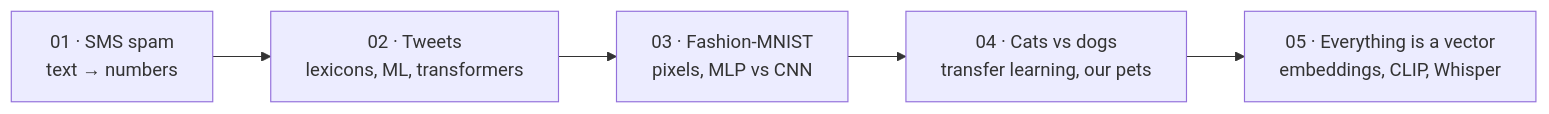
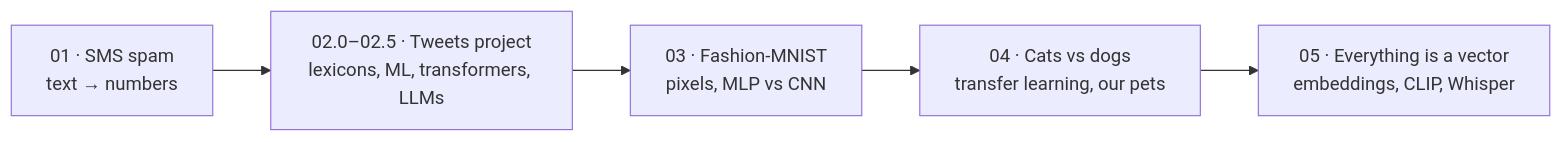
The diagram in README.md (the-ai-learning-hub/03-applied-ai-projects), drawn with Mermaid before and after one commit. The commit also changed other lines of this file and 47 other files, not shown here.

Commit message:
Text mining: SMS spam tutorial follows the slides, tweet project as notebooks 02.0-02.5 based on the TMCD project, Challenge 1 becomes Flip It!

````diff
--- a/README.md
+++ b/README.md
@@ -15,7 +15,7 @@
 ```mermaid
 flowchart LR
-    A["01 · SMS spam<br/>text → numbers"] --> B["02 · Tweets<br/>lexicons, ML, transformers"]
+    A["01 · SMS spam<br/>text → numbers"] --> B["02.0–02.5 · Tweets project<br/>lexicons, ML, transformers, LLMs"]
     B --> C["03 · Fashion-MNIST<br/>pixels, MLP vs CNN"]
     C --> D["04 · Cats vs dogs<br/>transfer learning, our pets"]
     D --> E["05 · Everything is a vector<br/>embeddings, CLIP, Whisper"]
 ```
````
